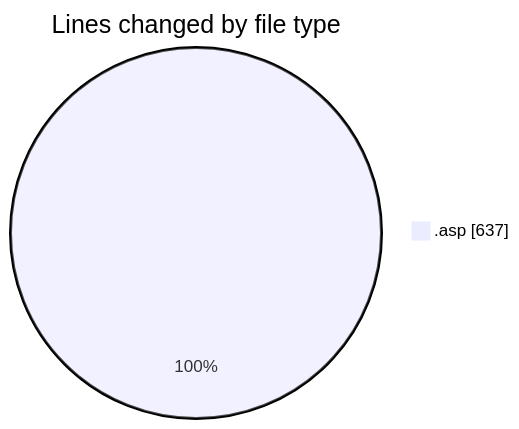
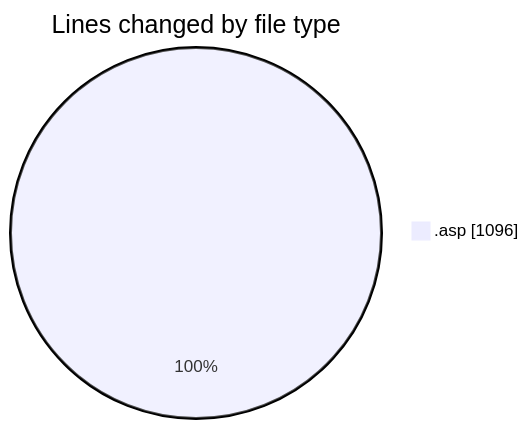
Before and after one commit to julien-gomy/code-tracking: the first of 2 diagrams in 2025-11-20/cdp_aleoudev_fr__workspace_/README.md, drawn with Mermaid. The commit also changed other lines of this file and 1 other file, not shown here.

````diff
--- a/2025-11-20/cdp_aleoudev_fr__workspace_/README.md
+++ b/2025-11-20/cdp_aleoudev_fr__workspace_/README.md
@@ -21,5 +22,5 @@
 ```mermaid
 pie showData
 title Lines changed by file type
-".asp" : 637
+".asp" : 1096
 ```
````
